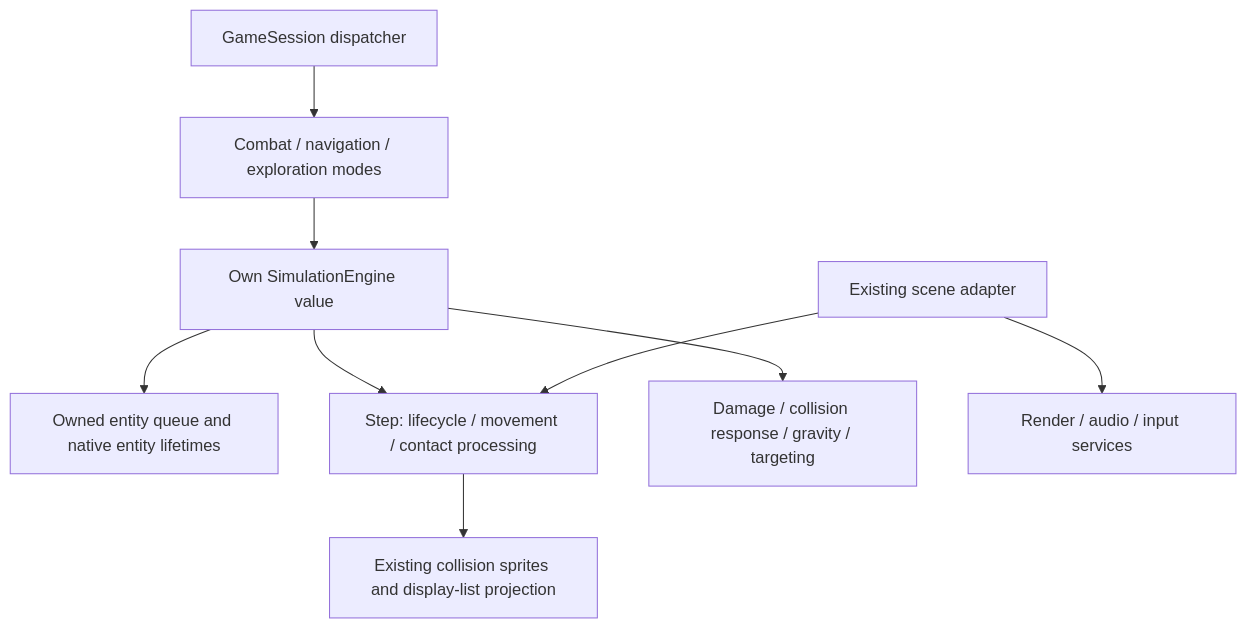
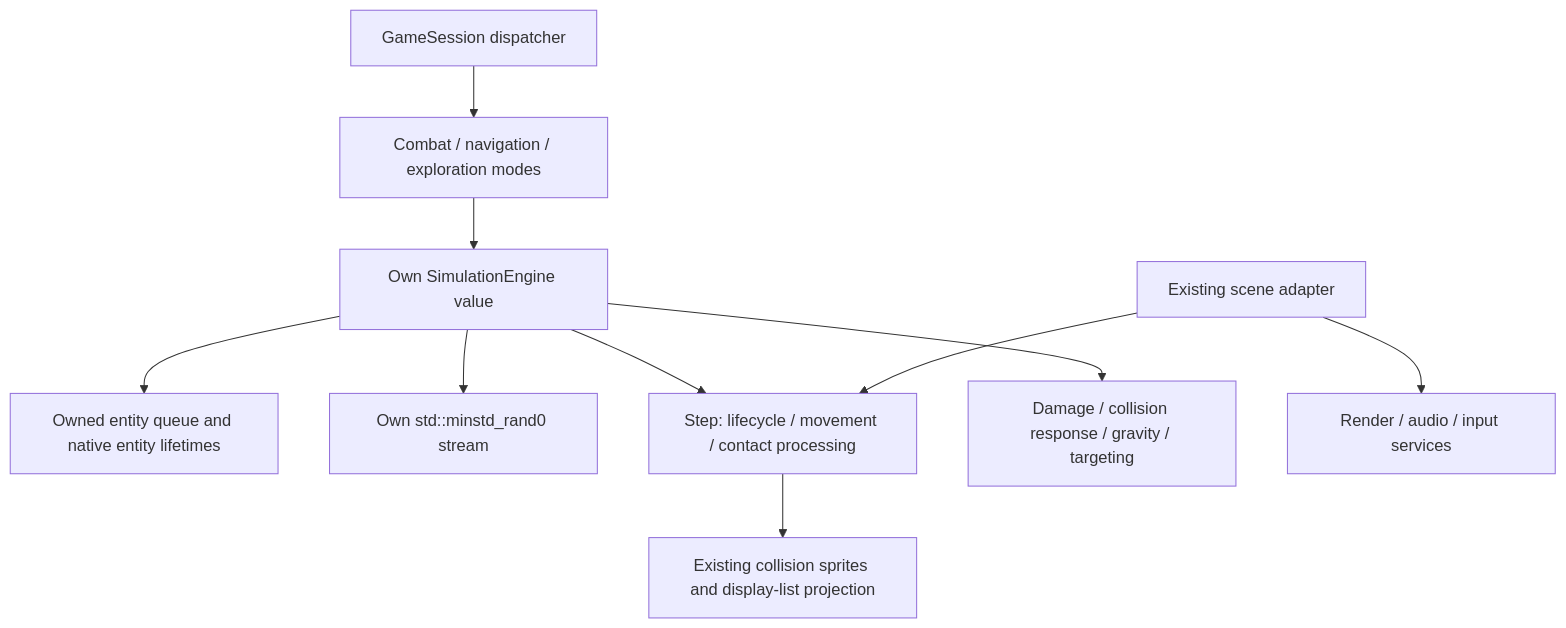
Before and after one commit to yost-jacob/uqm-cpp17: the diagram in docs/design/simulation-engine.md, drawn with Mermaid. The commit also changed other lines of this file and 25 other files, not shown here.

````diff
--- a/docs/design/simulation-engine.md
+++ b/docs/design/simulation-engine.md
@@ -10,11 +10,12 @@
 ```mermaid
 flowchart TD
     Session[GameSession dispatcher] --> Modes[Combat / navigation / exploration modes]
     Modes --> Engine[Own SimulationEngine value]
     Engine --> Pool[Owned entity queue and native entity lifetimes]
+    Engine --> RNG[Own std::minstd_rand0 stream]
     Engine --> Step[Step: lifecycle / movement / contact processing]
     Engine --> Rules[Damage / collision response / gravity / targeting]
     Scene[Existing scene adapter] --> Step
     Scene --> Display[Render / audio / input services]
     Step --> Projection[Existing collision sprites and display-list projection]
 ```
````
